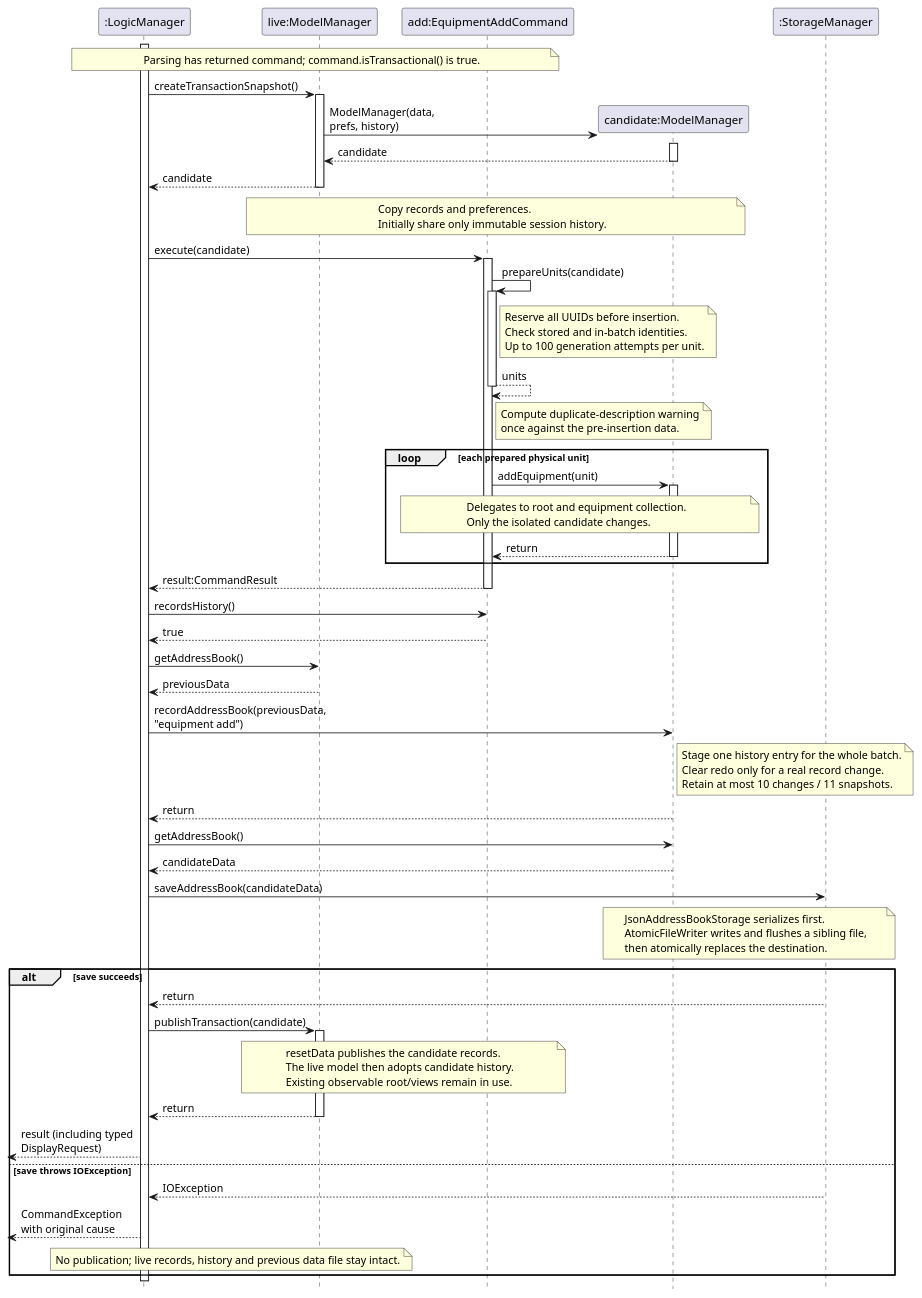
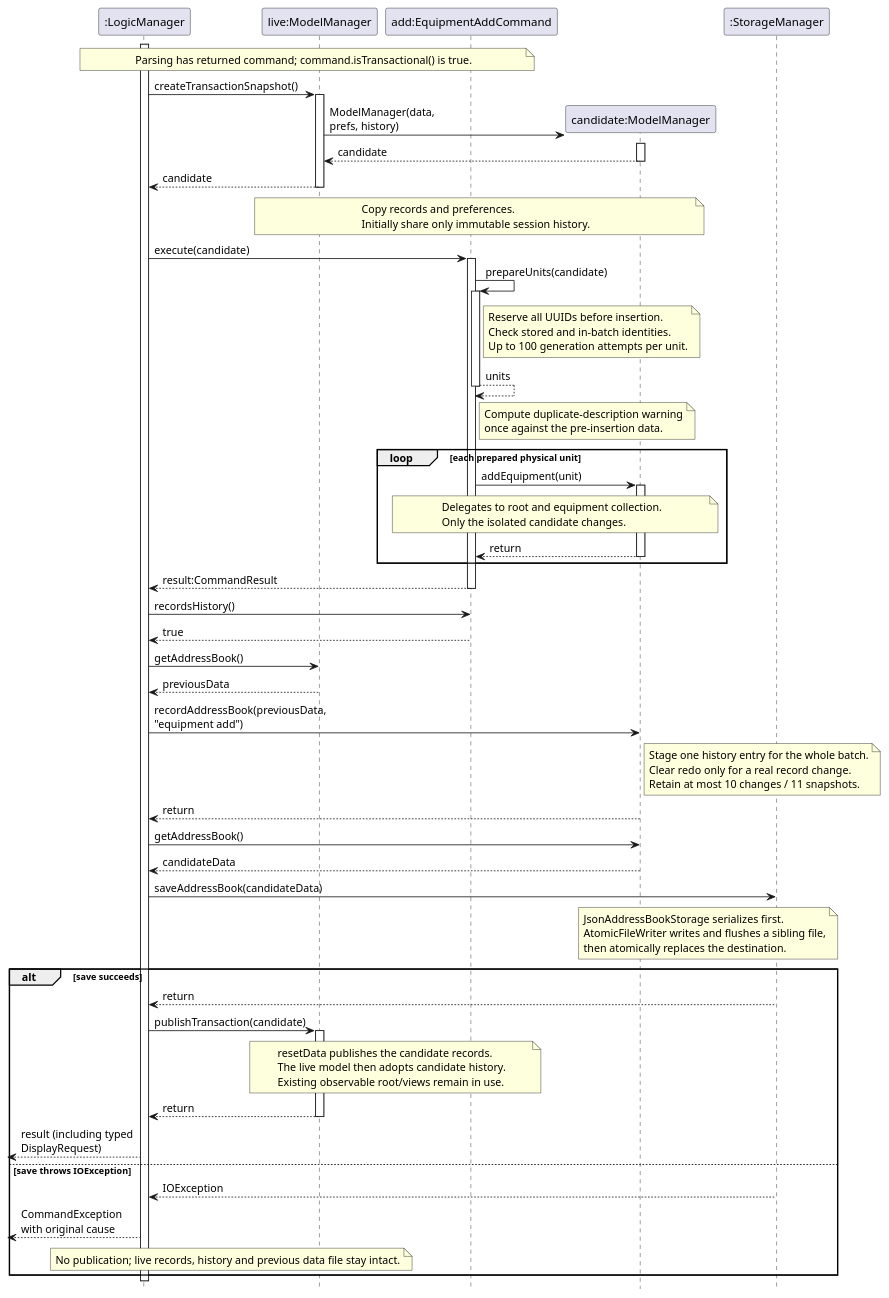
The diagram in docs/diagrams/EquipmentTransactionSequence.puml (AY2627S1-CS2103T-F15-2/tp), drawn with PlantUML before and after one commit. The commit also changed 2 other files, not shown here.

Commit message:
Fix sequence diagram participant padding

```diff
--- a/docs/diagrams/EquipmentTransactionSequence.puml
+++ b/docs/diagrams/EquipmentTransactionSequence.puml
@@ -1,97 +1,101 @@
 @startuml
 skinparam shadowing false
 skinparam defaultFontName Arial
 hide footbox
 skinparam maxMessageSize 150
-skinparam ParticipantPadding 10
+<style>
+participant {
+  padding 10
+}
+</style>
 
 participant ":LogicManager" as logic
 participant "live:ModelManager" as live
 participant "add:EquipmentAddCommand" as command
 participant "candidate:ModelManager" as candidate
 participant ":StorageManager" as storage
 
 note over logic, command
   Parsing has returned command; command.isTransactional() is true.
 end note
 activate logic
 logic -> live : createTransactionSnapshot()
 activate live
 create candidate
 live -> candidate : ModelManager(data, prefs, history)
 activate candidate
 candidate --> live : candidate
 deactivate candidate
 live --> logic : candidate
 deactivate live
 note over live, candidate
   Copy records and preferences.
   Initially share only immutable session history.
 end note
 logic -> command : execute(candidate)
 activate command
 command -> command : prepareUnits(candidate)
 activate command
 note right of command
   Reserve all UUIDs before insertion.
   Check stored and in-batch identities.
   Up to 100 generation attempts per unit.
 end note
 command --> command : units
 deactivate command
 note right of command
   Compute duplicate-description warning
   once against the pre-insertion data.
 end note
 loop each prepared physical unit
   command -> candidate : addEquipment(unit)
   activate candidate
   note over command, candidate
     Delegates to root and equipment collection.
     Only the isolated candidate changes.
   end note
   candidate --> command : return
   deactivate candidate
 end
 command --> logic : result:CommandResult
 deactivate command
 logic -> command : recordsHistory()
 command --> logic : true
 logic -> live : getAddressBook()
 live --> logic : previousData
 logic -> candidate : recordAddressBook(previousData, "equipment add")
 note right of candidate
   Stage one history entry for the whole batch.
   Clear redo only for a real record change.
   Retain at most 10 changes / 11 snapshots.
 end note
 candidate --> logic : return
 logic -> candidate : getAddressBook()
 candidate --> logic : candidateData
 logic -> storage : saveAddressBook(candidateData)
 note over candidate, storage
   JsonAddressBookStorage serializes first.
   AtomicFileWriter writes and flushes a sibling file,
   then atomically replaces the destination.
 end note
 alt save succeeds
   storage --> logic : return
   logic -> live : publishTransaction(candidate)
   activate live
   note over live, command
     resetData publishes the candidate records.
     The live model then adopts candidate history.
     Existing observable root/views remain in use.
   end note
   live --> logic : return
   deactivate live
   [<-- logic : result (including typed DisplayRequest)
 else save throws IOException
   storage --> logic : IOException
   [<-- logic : CommandException with original cause
   note over logic, live
     No publication; live records, history and previous data file stay intact.
   end note
 end
 deactivate logic
 @enduml
```
